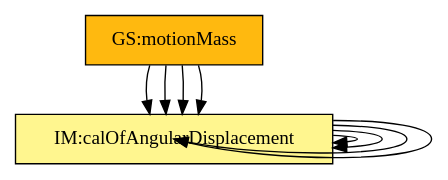
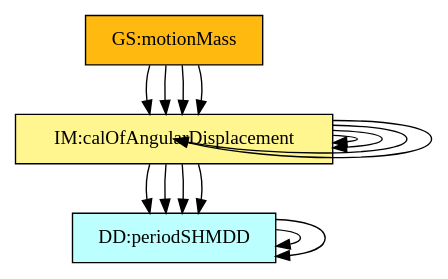
The diagram in code/stable/sglpend/TraceyGraph/allvsall.dot (JacquesCarette/Drasil), drawn with Graphviz before and after one commit. The commit also changed 72 other files, not shown here.

```diff
--- a/code/stable/sglpend/TraceyGraph/allvsall.dot
+++ b/code/stable/sglpend/TraceyGraph/allvsall.dot
@@ -1,75 +1,92 @@
 digraph allvsall {
+	dataDefn:angularFrequency -> dataDefn:period;
+	dataDefn:period -> dataDefn:frequency;
+	theory:angFrequencyGD -> dataDefn:frequency;
 	theory:angFrequencyGD -> theory:newtonSLR;
+	theory:periodPendGD -> dataDefn:frequency;
+	theory:periodPendGD -> dataDefn:angularFrequency;
+	theory:periodPendGD -> dataDefn:period;
 	theory:periodPendGD -> theory:angFrequencyGD;
 	theory:angularDisplacementIM -> theory:newtonSLR;
 	theory:angularDisplacementIM -> theory:angFrequencyGD;
 	instance:calcAngPos -> theory:angularDisplacementIM;
 	instance:outputValues -> theory:angularDisplacementIM;
 	instance:calcAngPos -> theory:angularDisplacementIM;
 	instance:outputValues -> theory:angularDisplacementIM;
 
 
 	instance:twoDMotion	[shape=box, color=black, style=filled, fillcolor=mistyrose, label="A:twoDMotion"];
 	instance:cartSys	[shape=box, color=black, style=filled, fillcolor=mistyrose, label="A:cartSys"];
 	instance:cartSysR	[shape=box, color=black, style=filled, fillcolor=mistyrose, label="A:cartSysR"];
 	instance:yAxisDir	[shape=box, color=black, style=filled, fillcolor=mistyrose, label="A:yAxisDir"];
 
 	subgraph A {
 	rank="same"
 	{instance:twoDMotion, instance:cartSys, instance:cartSysR, instance:yAxisDir}
+	}
+
+	dataDefn:ixPos	[shape=box, color=black, style=filled, fillcolor=paleturquoise1, label="DD:positionIX"];
+	dataDefn:iyPos	[shape=box, color=black, style=filled, fillcolor=paleturquoise1, label="DD:positionIY"];
+	dataDefn:frequency	[shape=box, color=black, style=filled, fillcolor=paleturquoise1, label="DD:frequencyDD"];
+	dataDefn:angularFrequency	[shape=box, color=black, style=filled, fillcolor=paleturquoise1, label="DD:angFrequencyDD"];
+	dataDefn:period	[shape=box, color=black, style=filled, fillcolor=paleturquoise1, label="DD:periodSHMDD"];
+
+	subgraph DD {
+	rank="same"
+	{dataDefn:ixPos, dataDefn:iyPos, dataDefn:frequency, dataDefn:angularFrequency, dataDefn:period}
 	}
 
 	theory:accelerationTM	[shape=box, color=black, style=filled, fillcolor=pink, label="TM:acceleration"];
 	theory:velocityTM	[shape=box, color=black, style=filled, fillcolor=pink, label="TM:velocity"];
 	theory:newtonSL	[shape=box, color=black, style=filled, fillcolor=pink, label="TM:NewtonSecLawMot"];
 	theory:newtonSLR	[shape=box, color=black, style=filled, fillcolor=pink, label="TM:NewtonSecLawRotMot"];
 
 	subgraph TM {
 	rank="same"
 	{theory:accelerationTM, theory:velocityTM, theory:newtonSL, theory:newtonSLR}
 	}
 
 	theory:xVel	[shape=box, color=black, style=filled, fillcolor=palegreen, label="GD:velocityIX"];
 	theory:yVel	[shape=box, color=black, style=filled, fillcolor=palegreen, label="GD:velocityIY"];
 	theory:xScalAcc	[shape=box, color=black, style=filled, fillcolor=palegreen, label="GD:accelerationIX"];
 	theory:yScalAcc	[shape=box, color=black, style=filled, fillcolor=palegreen, label="GD:accelerationIY"];
 	theory:hForceOnPendulum	[shape=box, color=black, style=filled, fillcolor=palegreen, label="GD:hForceOnPendulum"];
 	theory:vForceOnPendulum	[shape=box, color=black, style=filled, fillcolor=palegreen, label="GD:vForceOnPendulum"];
 	theory:angFrequencyGD	[shape=box, color=black, style=filled, fillcolor=palegreen, label="GD:angFrequencyGD"];
 	theory:periodPendGD	[shape=box, color=black, style=filled, fillcolor=palegreen, label="GD:periodPend"];
 
 	subgraph GD {
 	rank="same"
 	{theory:xVel, theory:yVel, theory:xScalAcc, theory:yScalAcc, theory:hForceOnPendulum, theory:vForceOnPendulum, theory:angFrequencyGD, theory:periodPendGD}
 	}
 
 	theory:angularDisplacementIM	[shape=box, color=black, style=filled, fillcolor=khaki1, label="IM:calOfAngularDisplacement"];
 
 	subgraph IM {
 	rank="same"
 	{theory:angularDisplacementIM}
 	}
 
 	instance:verifyInptVals	[shape=box, color=black, style=filled, fillcolor=ivory, label="FR:verifyInptVals"];
 	instance:calcAngPos	[shape=box, color=black, style=filled, fillcolor=ivory, label="FR:calcAngPos"];
 	instance:outputValues	[shape=box, color=black, style=filled, fillcolor=ivory, label="FR:outputValues"];
 	instance:correct	[shape=box, color=black, style=filled, fillcolor=ivory, label="NFR:correct"];
 	instance:portable	[shape=box, color=black, style=filled, fillcolor=ivory, label="NFR:portable"];
 	instance:inputValues	[shape=box, color=black, style=filled, fillcolor=ivory, label="FR:inputValues"];
 	instance:verifyInptVals	[shape=box, color=black, style=filled, fillcolor=ivory, label="FR:verifyInptVals"];
 	instance:calcAngPos	[shape=box, color=black, style=filled, fillcolor=ivory, label="FR:calcAngPos"];
 	instance:outputValues	[shape=box, color=black, style=filled, fillcolor=ivory, label="FR:outputValues"];
 
 	subgraph FR {
 	rank="same"
 	{instance:verifyInptVals, instance:calcAngPos, instance:outputValues, instance:correct, instance:portable, instance:inputValues, instance:verifyInptVals, instance:calcAngPos, instance:outputValues}
 	}
 
 	instance:motionMass	[shape=box, color=black, style=filled, fillcolor=darkgoldenrod1, label="GS:motionMass"];
 
 	subgraph GS {
 	rank="same"
 	{instance:motionMass}
 	}
 
 }
```
